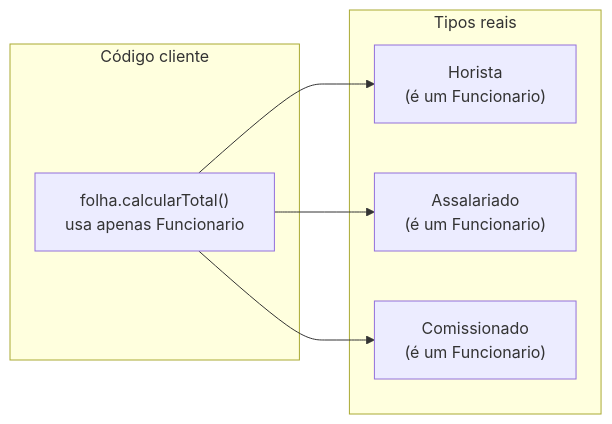
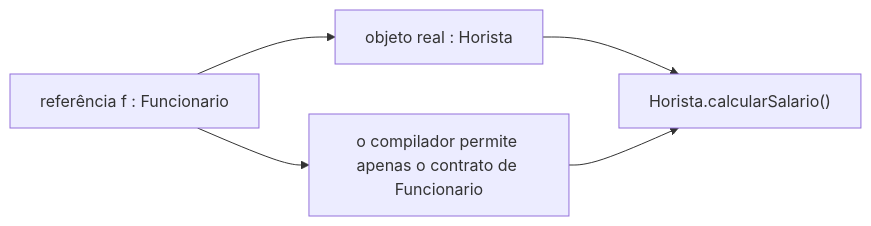
Before and after one commit to emanoelsp/poo-essential-academy: the second of 4 diagrams in src/content/modulo-05/encontro-15.md, drawn with Mermaid. The commit also changed other lines of this file and 46 other files, not shown here.

````diff
--- a/src/content/modulo-05/encontro-15.md
+++ b/src/content/modulo-05/encontro-15.md
@@ -45,14 +204,7 @@
 ```mermaid
 flowchart LR
-    subgraph CLIENTE["Código cliente"]
-        CODE["folha.calcularTotal()\nusa apenas Funcionario"]
-    end
-    subgraph TIPOS["Tipos reais"]
-        H["Horista\n(é um Funcionario)"]
-        A["Assalariado\n(é um Funcionario)"]
-        C["Comissionado\n(é um Funcionario)"]
-    end
-    CODE --> H
-    CODE --> A
-    CODE --> C
+    R["referência f : Funcionario"] --> O["objeto real : Horista"]
+    O --> M["Horista.calcularSalario()"]
+    R --> C["o compilador permite apenas o contrato de Funcionario"]
+    C --> M
 ```
````
